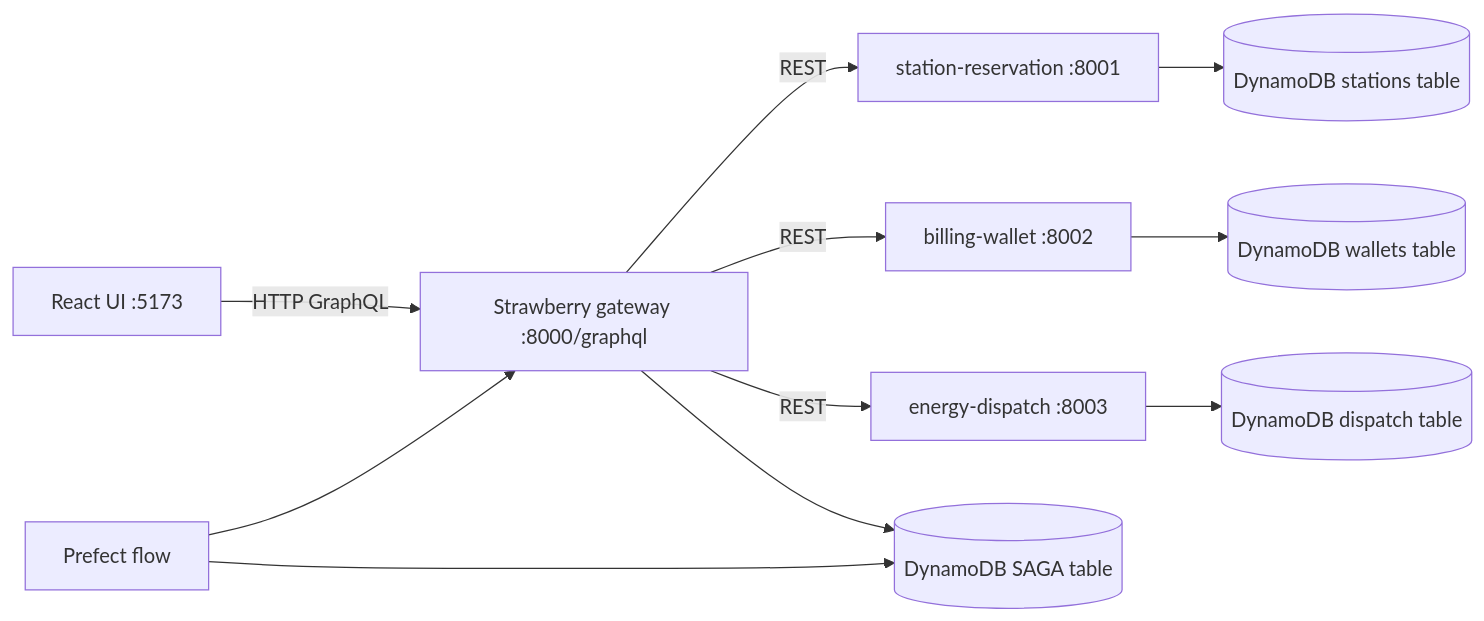
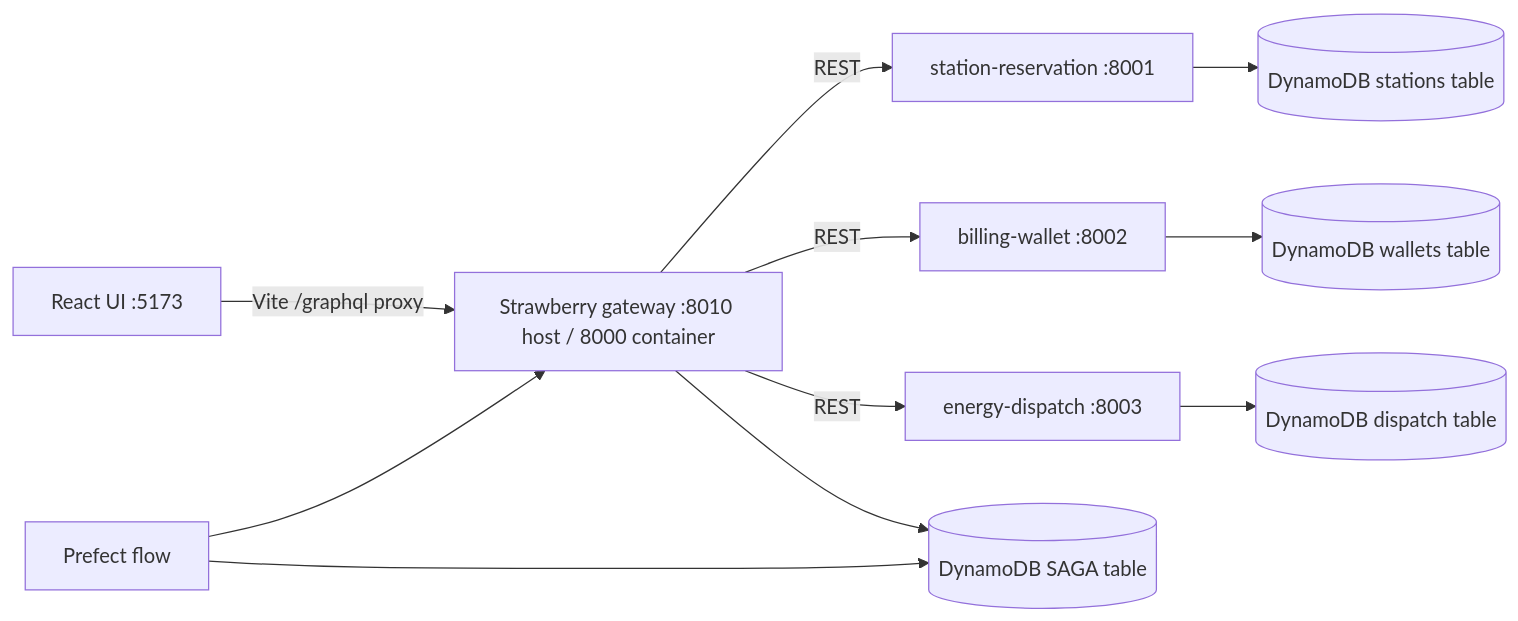
The diagram in docs/architecture.md (juanocama/aegisvolt), drawn with Mermaid before and after one commit. The commit also changed other lines of this file and 26 other files, not shown here.

````diff
--- a/docs/architecture.md
+++ b/docs/architecture.md
@@ -45,13 +45,13 @@
 ```mermaid
 flowchart LR
-  UI[React UI :5173] -->|HTTP GraphQL| GW[Strawberry gateway :8000/graphql]
+  UI[React UI :5173] -->|Vite /graphql proxy| GW[Strawberry gateway :8010 host / 8000 container]
   GW -->|REST| SR[station-reservation :8001]
   GW -->|REST| BW[billing-wallet :8002]
   GW -->|REST| ED[energy-dispatch :8003]
   SR --> DS[(DynamoDB stations table)]
   BW --> DB[(DynamoDB wallets table)]
   ED --> DD[(DynamoDB dispatch table)]
   GW --> SG[(DynamoDB SAGA table)]
   PF[Prefect flow] --> GW
   PF --> SG
 ```
````
